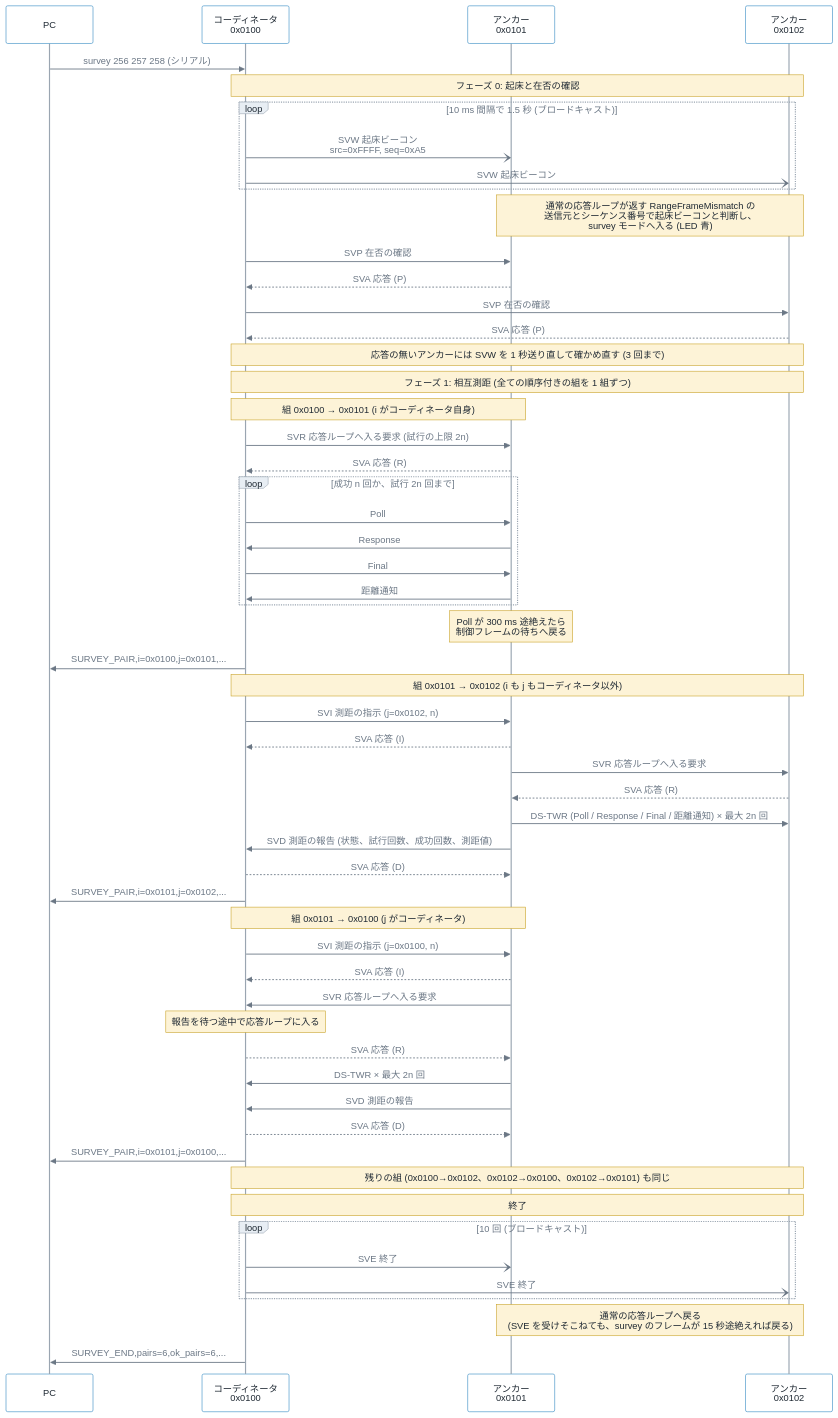
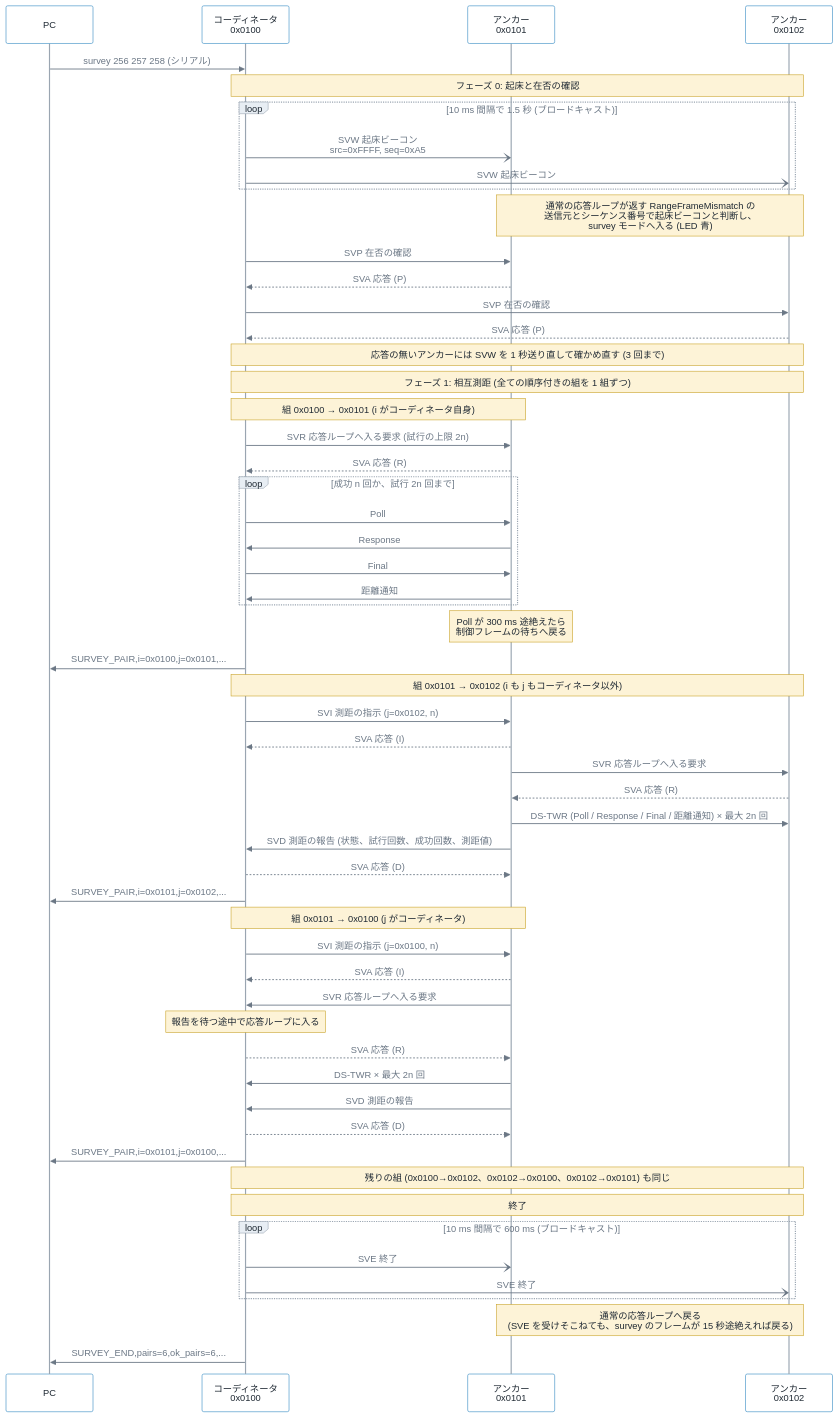
The diagram in doc/multi-anchor-positioning-design.md (8ga3/m5atom_uwb_ds_twr), drawn with Mermaid before and after one commit. The commit also changed other lines of this file and 1 other file, not shown here.

````diff
--- a/doc/multi-anchor-positioning-design.md
+++ b/doc/multi-anchor-positioning-design.md
@@ -564,67 +565,67 @@
 ```mermaid
 %%{init: {'theme':'base','themeVariables':{'background':'#f6f8fa','primaryColor':'#ffffff','primaryTextColor':'#1f2933','primaryBorderColor':'#2e86c1','mainBkg':'#ffffff','nodeBorder':'#2e86c1','nodeTextColor':'#1f2933','lineColor':'#6b7785','textColor':'#6b7785','edgeLabelBackground':'#f6f8fa','clusterBkg':'#e8eef4','clusterBorder':'#9aa5b1','titleColor':'#1f2933','fontSize':'14px','actorBkg':'#ffffff','actorBorder':'#2e86c1','actorTextColor':'#1f2933','actorLineColor':'#9aa5b1','signalColor':'#6b7785','signalTextColor':'#6b7785','labelBoxBkgColor':'#e8eef4','labelBoxBorderColor':'#9aa5b1','labelTextColor':'#1f2933','loopTextColor':'#6b7785','noteBkgColor':'#fdf3d7','noteBorderColor':'#c9a227','noteTextColor':'#1f2933','activationBkgColor':'#eaf2f8','activationBorderColor':'#2e86c1','sequenceNumberColor':'#ffffff'}}}%%
 sequenceDiagram
     participant PC
     participant C as コーディネータ<br/>0x0100
     participant A as アンカー<br/>0x0101
     participant B as アンカー<br/>0x0102
 
     PC->>C: survey 256 257 258 (シリアル)
 
     Note over C,B: フェーズ 0: 起床と在否の確認
     loop 10 ms 間隔で 1.5 秒 (ブロードキャスト)
         C-)A: SVW 起床ビーコン<br/>src=0xFFFF, seq=0xA5
         C-)B: SVW 起床ビーコン
     end
     Note over A,B: 通常の応答ループが返す RangeFrameMismatch の<br/>送信元とシーケンス番号で起床ビーコンと判断し、<br/>survey モードへ入る (LED 青)
     C->>A: SVP 在否の確認
     A-->>C: SVA 応答 (P)
     C->>B: SVP 在否の確認
     B-->>C: SVA 応答 (P)
     Note over C,B: 応答の無いアンカーには SVW を 1 秒送り直して確かめ直す (3 回まで)
 
     Note over C,B: フェーズ 1: 相互測距 (全ての順序付きの組を 1 組ずつ)
 
     Note over C,A: 組 0x0100 → 0x0101 (i がコーディネータ自身)
     C->>A: SVR 応答ループへ入る要求 (試行の上限 2n)
     A-->>C: SVA 応答 (R)
     loop 成功 n 回か、試行 2n 回まで
         C->>A: Poll
         A->>C: Response
         C->>A: Final
         A->>C: 距離通知
     end
     Note over A: Poll が 300 ms 途絶えたら<br/>制御フレームの待ちへ戻る
     C->>PC: SURVEY_PAIR,i=0x0100,j=0x0101,...
 
     Note over C,B: 組 0x0101 → 0x0102 (i も j もコーディネータ以外)
     C->>A: SVI 測距の指示 (j=0x0102, n)
     A-->>C: SVA 応答 (I)
     A->>B: SVR 応答ループへ入る要求
     B-->>A: SVA 応答 (R)
     A->>B: DS-TWR (Poll / Response / Final / 距離通知) × 最大 2n 回
     A->>C: SVD 測距の報告 (状態、試行回数、成功回数、測距値)
     C-->>A: SVA 応答 (D)
     C->>PC: SURVEY_PAIR,i=0x0101,j=0x0102,...
 
     Note over C,A: 組 0x0101 → 0x0100 (j がコーディネータ)
     C->>A: SVI 測距の指示 (j=0x0100, n)
     A-->>C: SVA 応答 (I)
     A->>C: SVR 応答ループへ入る要求
     Note over C: 報告を待つ途中で応答ループに入る
     C-->>A: SVA 応答 (R)
     A->>C: DS-TWR × 最大 2n 回
     A->>C: SVD 測距の報告
     C-->>A: SVA 応答 (D)
     C->>PC: SURVEY_PAIR,i=0x0101,j=0x0100,...
 
     Note over C,B: 残りの組 (0x0100→0x0102、0x0102→0x0100、0x0102→0x0101) も同じ
 
     Note over C,B: 終了
-    loop 10 回 (ブロードキャスト)
+    loop 10 ms 間隔で 600 ms (ブロードキャスト)
         C-)A: SVE 終了
         C-)B: SVE 終了
     end
     Note over A,B: 通常の応答ループへ戻る<br/>(SVE を受けそこねても、survey のフレームが 15 秒途絶えれば戻る)
     C->>PC: SURVEY_END,pairs=6,ok_pairs=6,...
 ```
````
